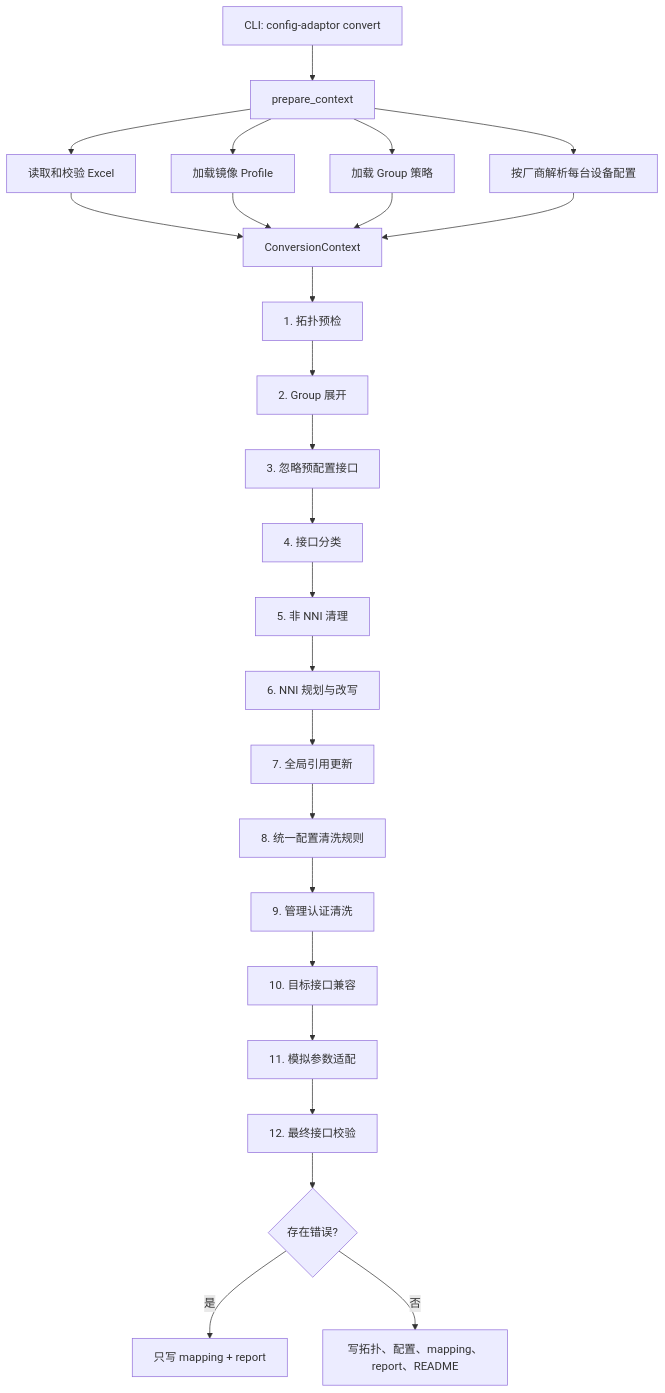
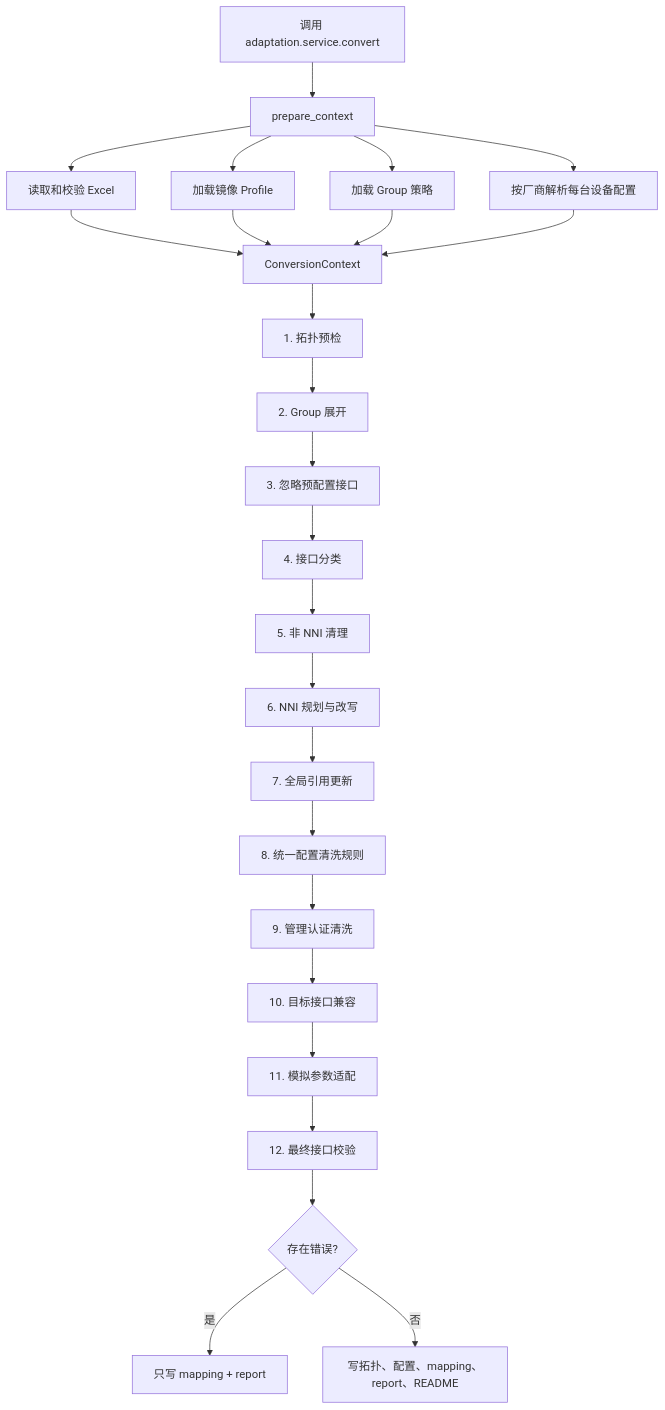
Before and after one commit to xiaobaozi01/config-mapping: the third of 9 diagrams in docs/onboarding-guide.md, drawn with Mermaid. The commit also changed other lines of this file and 211 other files, not shown here.

````diff
--- a/docs/onboarding-guide.md
+++ b/docs/onboarding-guide.md
@@ -155,29 +155,29 @@
 ```mermaid
 flowchart TD
-    CLI[CLI: config-adaptor convert] --> Prepare[prepare_context]
+    Entry[调用 adaptation.service.convert] --> Prepare[prepare_context]
     Prepare --> Excel[读取和校验 Excel]
     Prepare --> Profiles[加载镜像 Profile]
     Prepare --> Policy[加载 Group 策略]
     Prepare --> Parse[按厂商解析每台设备配置]
 
     Excel --> Context[ConversionContext]
     Profiles --> Context
     Policy --> Context
     Parse --> Context
 
     Context --> Preflight[1. 拓扑预检]
     Preflight --> Groups[2. Group 展开]
     Groups --> Preconfigured[3. 忽略预配置接口]
     Preconfigured --> Classify[4. 接口分类]
     Classify --> Cleanup[5. 非 NNI 清理]
     Cleanup --> NNI[6. NNI 规划与改写]
     NNI --> Rewrite[7. 全局引用更新]
     Rewrite --> Rules[8. 统一配置清洗规则]
     Rules --> Auth[9. 管理认证清洗]
     Auth --> Compatibility[10. 目标接口兼容]
     Compatibility --> Simulation[11. 模拟参数适配]
     Simulation --> Validation[12. 最终接口校验]
     Validation --> HasError{存在错误?}
     HasError -->|是| Diagnostics[只写 mapping + report]
     HasError -->|否| Outputs[写拓扑、配置、mapping、report、README]
 ```
````
